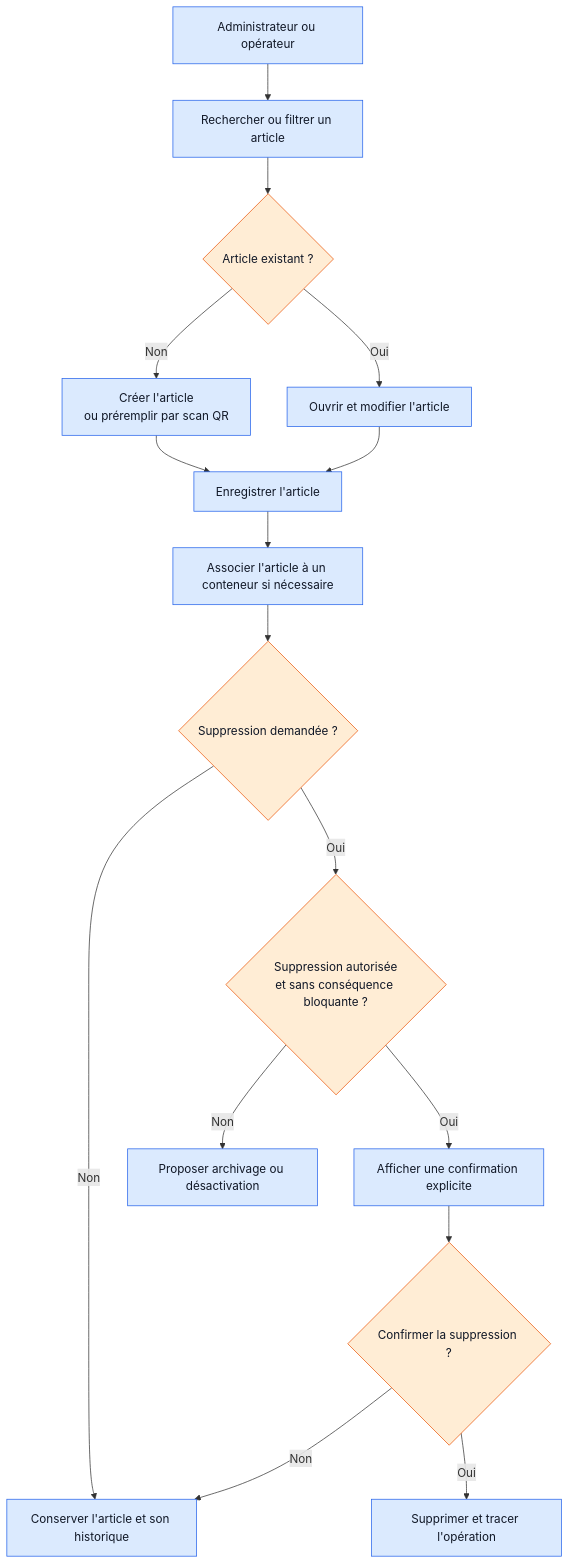
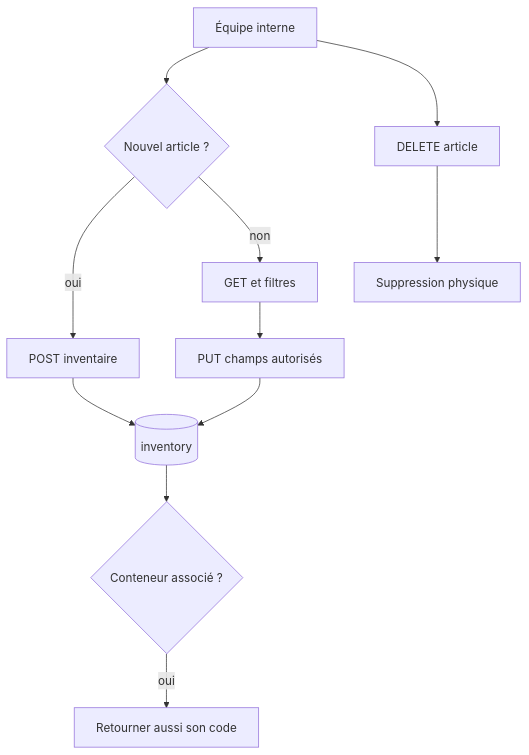
The diagram in docs/workflows/06-inventaire-et-suppression.md (LordVERTON/danemo-website), drawn with Mermaid before and after one commit. The commit also changed other lines of this file and 8 other files, not shown here.

Commit message:
docs(workflows): document operational flows

````diff
--- a/docs/workflows/06-inventaire-et-suppression.md
+++ b/docs/workflows/06-inventaire-et-suppression.md
@@ -5,23 +29,13 @@
 ```mermaid
 flowchart TD
-    A[Administrateur ou opérateur] --> B[Rechercher ou filtrer un article]
-    B --> C{Article existant ?}
-    C -- Non --> D["Créer l'article<br/>ou préremplir par scan QR"]
-    C -- Oui --> E[Ouvrir et modifier l'article]
-    D --> F[Enregistrer l'article]
-    E --> F
-    F --> G[Associer l'article à un conteneur si nécessaire]
-    G --> H{Suppression demandée ?}
-    H -- Non --> I[Conserver l'article et son historique]
-    H -- Oui --> J{"Suppression autorisée<br/>et sans conséquence bloquante ?"}
-    J -- Non --> K[Proposer archivage ou désactivation]
-    J -- Oui --> L[Afficher une confirmation explicite]
-    L --> M{Confirmer la suppression ?}
-    M -- Non --> I
-    M -- Oui --> N[Supprimer et tracer l'opération]
-
-    classDef internal fill:#dbeafe,stroke:#2563eb,color:#111827;
-    classDef control fill:#ffedd5,stroke:#ea580c,color:#111827;
-    class A,B,D,E,F,G,I,K,L,N internal;
-    class C,H,J,M control;
+  A[Équipe interne] --> B{Nouvel article ?}
+  B -- oui --> C[POST inventaire]
+  B -- non --> D[GET et filtres]
+  D --> E[PUT champs autorisés]
+  C --> F[(inventory)]
+  E --> F
+  F --> G{Conteneur associé ?}
+  G -- oui --> H[Retourner aussi son code]
+  A --> I[DELETE article]
+  I --> J[Suppression physique]
 ```
````
